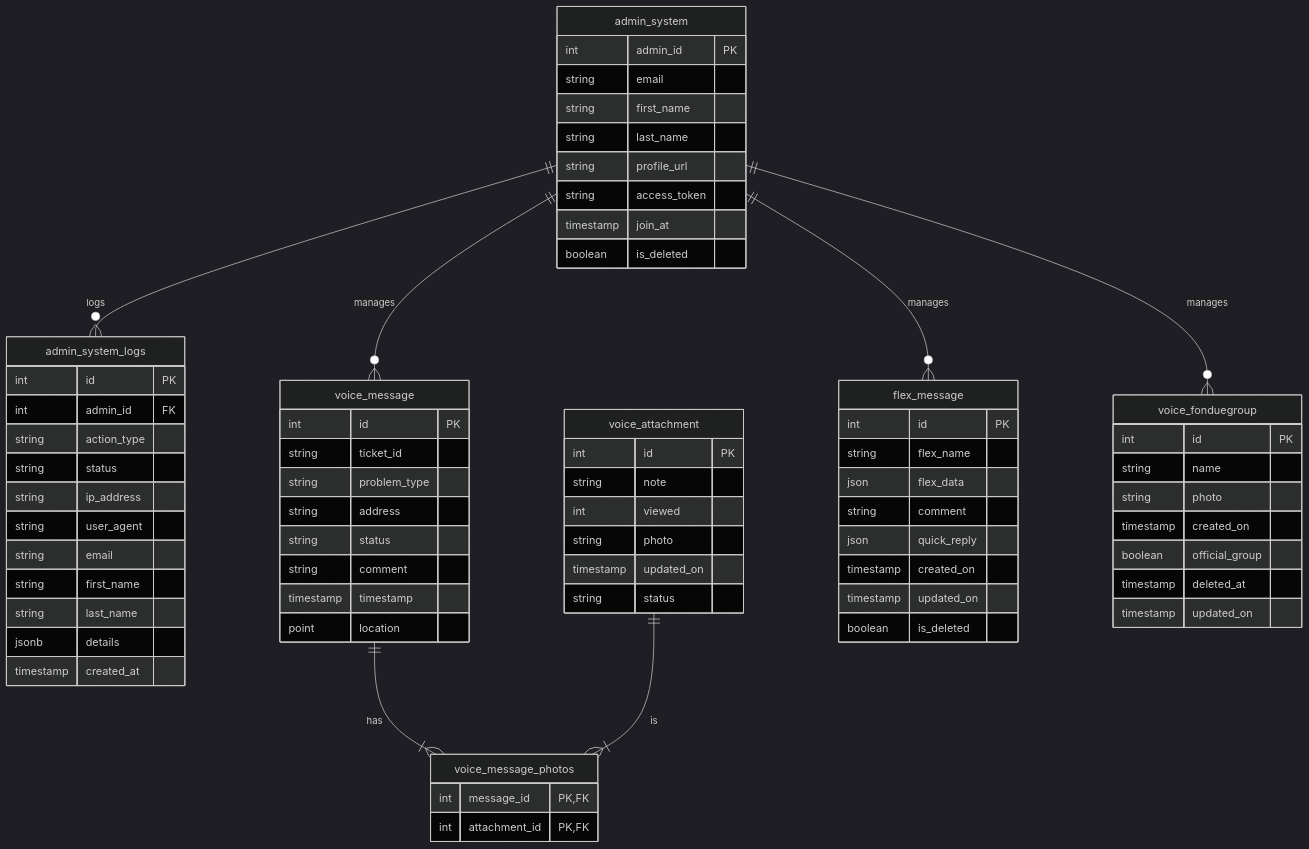
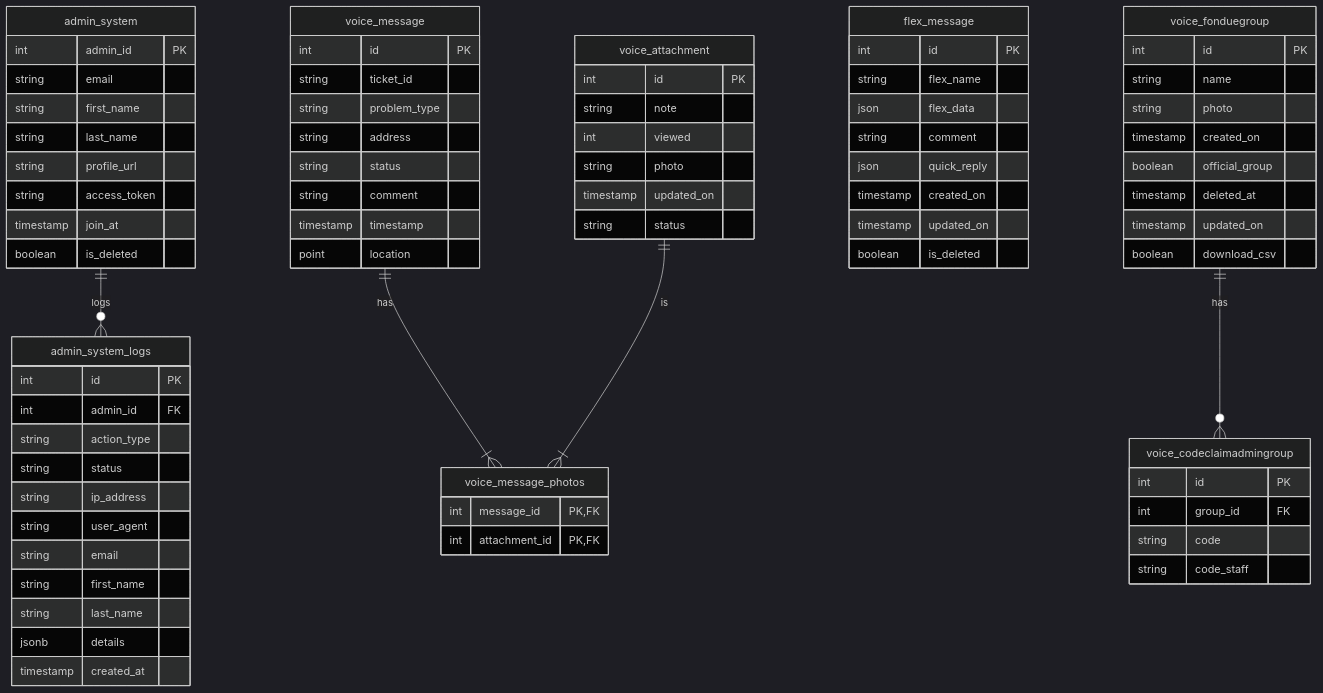
Before and after one commit to TanedW/internal_web_API: the second of 2 diagrams in README.md, drawn with Mermaid (dark theme). The commit also changed other lines of this file, not shown here.

````diff
--- a/README.md
+++ b/README.md
@@ -7,8 +39,4 @@
 ```mermaid
----
-config:
-  layout: dagre
----
 erDiagram
     admin_system {
         int admin_id PK
@@ -79,12 +107,18 @@
         boolean official_group
         timestamp deleted_at
         timestamp updated_on
+        boolean download_csv
+    }
+
+    voice_codeclaimadmingroup {
+        int id PK
+        int group_id FK
+        string code
+        string code_staff
     }
 
     admin_system ||--o{ admin_system_logs : "logs"
     voice_message ||--|{ voice_message_photos : "has"
     voice_attachment ||--|{ voice_message_photos : "is"
-    admin_system ||--o{ flex_message : "manages"
-    admin_system ||--o{ voice_fonduegroup : "manages"
-    admin_system ||--o{ voice_message : "manages"
+    voice_fonduegroup ||--o{ voice_codeclaimadmingroup : "has"
 ```
````
